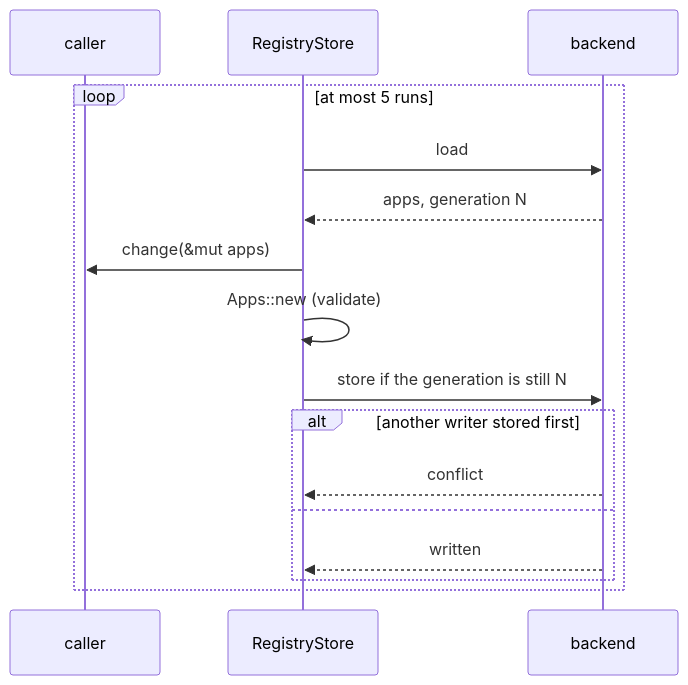
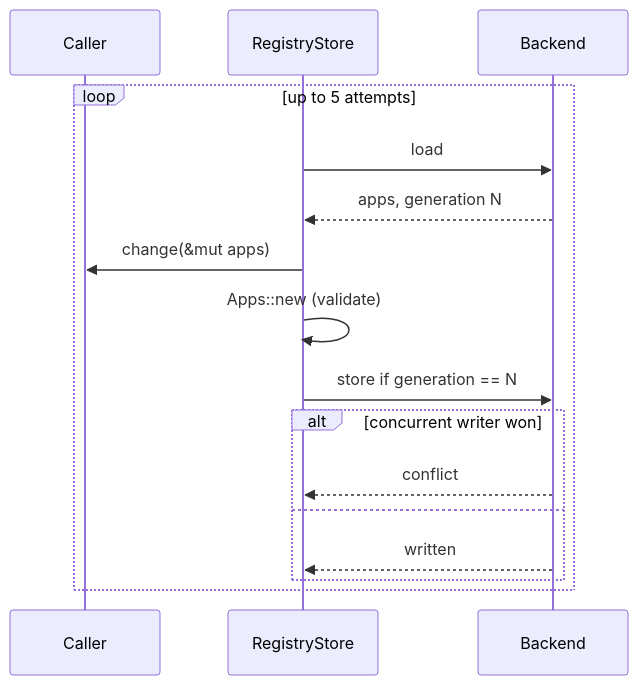
The diagram in docs/architecture/app-registry/architecture.md (nttcom/moq-wasm), drawn with Mermaid before and after one commit. The commit also changed other lines of this file and 99 other files, not shown here.

Commit message:
docs(architecture): simplify architecture docs for readability (#2021)

````diff
--- a/docs/architecture/app-registry/architecture.md
+++ b/docs/architecture/app-registry/architecture.md
@@ -33,18 +35,18 @@
 ```mermaid
 sequenceDiagram
-    participant C as caller
+    participant C as Caller
     participant S as RegistryStore
-    participant B as backend
-    loop at most 5 runs
+    participant B as Backend
+    loop up to 5 attempts
         S->>B: load
         B-->>S: apps, generation N
         S->>C: change(&mut apps)
         S->>S: Apps::new (validate)
-        S->>B: store if the generation is still N
-        alt another writer stored first
+        S->>B: store if generation == N
+        alt concurrent writer won
             B-->>S: conflict
         else
             B-->>S: written
         end
     end
 ```
````
